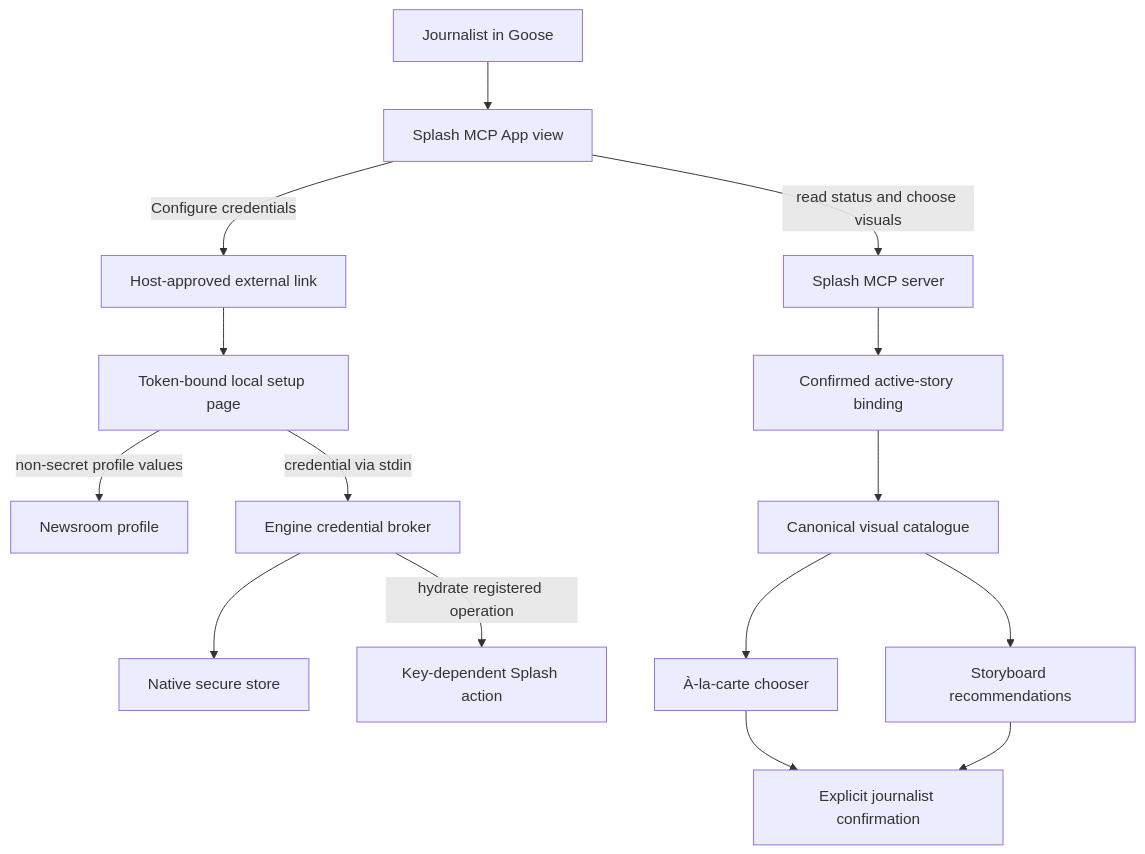
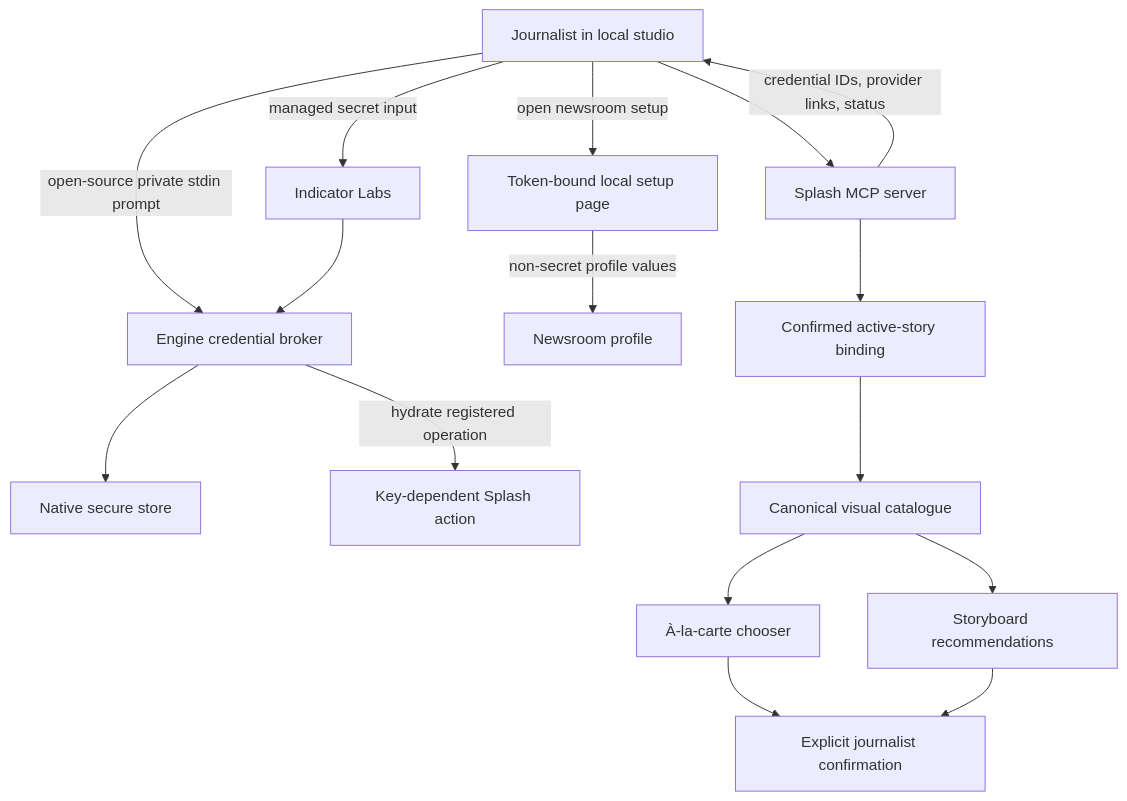
Before and after one commit to buriedsignals/splash: the first of 5 diagrams in docs/splash/2026-08-14-interactive-preflight-and-visual-selection-prd.md, drawn with Mermaid. The commit also changed other lines of this file and 37 other files, not shown here.

Commit message:
feat(setup): align agent-led Splash experience

````diff
--- a/docs/splash/2026-08-14-interactive-preflight-and-visual-selection-prd.md
+++ b/docs/splash/2026-08-14-interactive-preflight-and-visual-selection-prd.md
@@ -183,17 +193,18 @@
 ```mermaid
 flowchart TB
-  J[Journalist in Goose] --> A[Splash MCP App view]
-  A -->|read status and choose visuals| M[Splash MCP server]
-  A -->|Configure credentials| O[Host-approved external link]
-  O --> L[Token-bound local setup page]
+  J[Journalist in local studio] --> M[Splash MCP server]
+  M -->|credential IDs, provider links, status| J
+  J -->|managed secret input| I[Indicator Labs]
+  J -->|open-source private stdin prompt| E[Engine credential broker]
+  I --> E
+  J -->|open newsroom setup| L[Token-bound local setup page]
   L -->|non-secret profile values| P[Newsroom profile]
-  L -->|credential via stdin| E[Engine credential broker]
   E --> S[Native secure store]
   E -->|hydrate registered operation| X[Key-dependent Splash action]
   M --> B[Confirmed active-story binding]
   B --> C[Canonical visual catalogue]
   C --> Q[À-la-carte chooser]
   C --> R[Storyboard recommendations]
   Q --> H[Explicit journalist confirmation]
   R --> H
 ```
````
